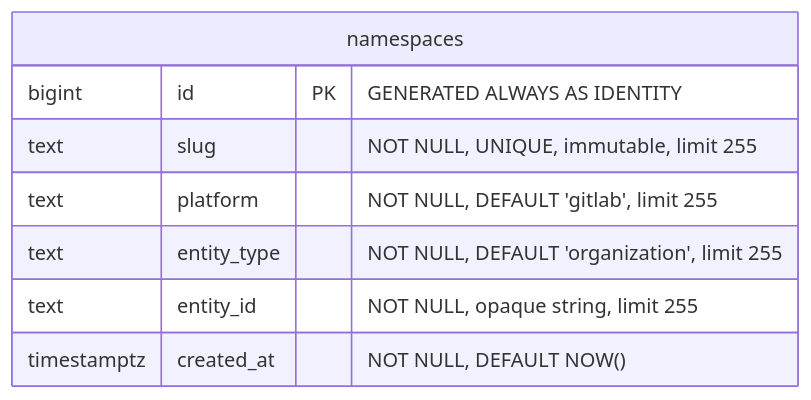
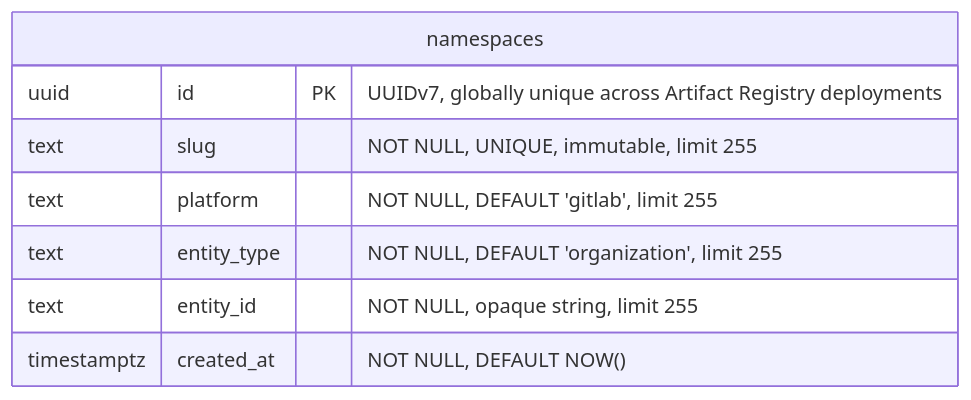
Before and after one commit to kyama0/gitlab-handbook-ja: the first of 19 diagrams in content/handbook/engineering/architecture/design-documents/artifact_registry/decisions/007_database_schema.md, drawn with Mermaid. The commit also changed other lines of this file and 1 other file, not shown here.

First line of the commit message:
translation: batch 2026-05-18-1 part 2 (ADR-007 database schema)

````diff
--- a/content/handbook/engineering/architecture/design-documents/artifact_registry/decisions/007_database_schema.md
+++ b/content/handbook/engineering/architecture/design-documents/artifact_registry/decisions/007_database_schema.md
@@ -50,11 +51,11 @@
 ```mermaid
 erDiagram
     namespaces {
-        bigint id PK "GENERATED ALWAYS AS IDENTITY"
+        uuid id PK "UUIDv7, globally unique across Artifact Registry deployments"
         text slug "NOT NULL, UNIQUE, immutable, limit 255"
         text platform "NOT NULL, DEFAULT 'gitlab', limit 255"
         text entity_type "NOT NULL, DEFAULT 'organization', limit 255"
         text entity_id "NOT NULL, opaque string, limit 255"
         timestamptz created_at "NOT NULL, DEFAULT NOW()"
     }
 ```
````
